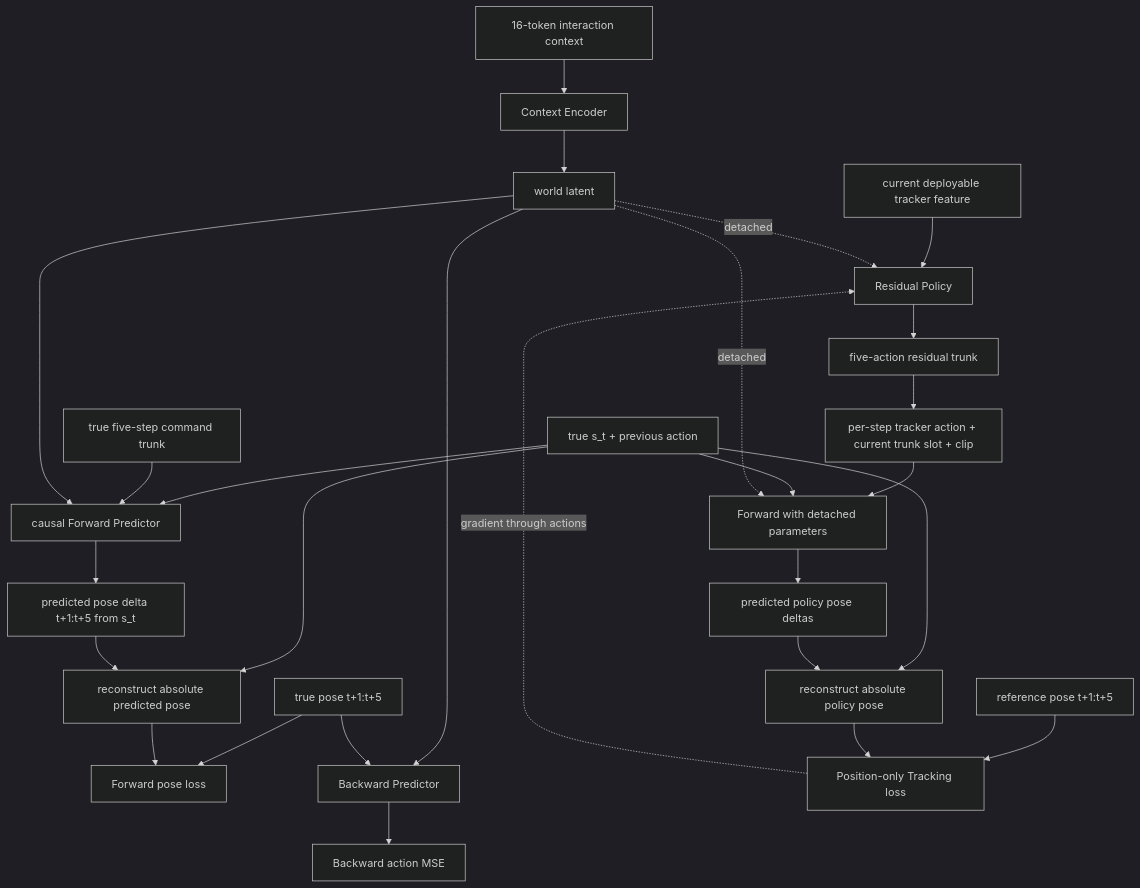
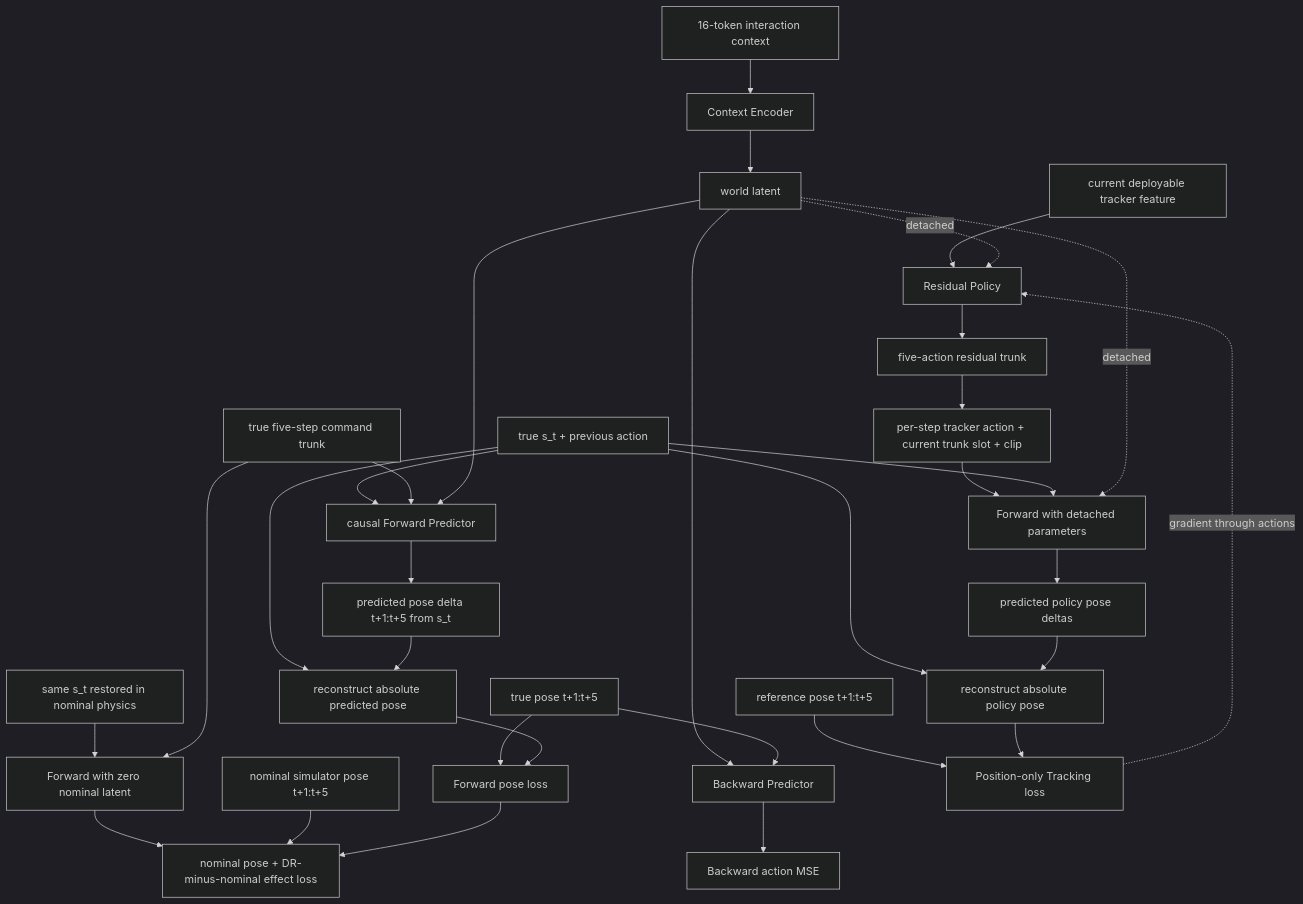
The diagram in docs/residual_training_flow.md (mwondering/intact-tracking), drawn with Mermaid (dark theme) before and after one commit. The commit also changed other lines of this file and 7 other files, not shown here.

````diff
--- a/docs/residual_training_flow.md
+++ b/docs/residual_training_flow.md
@@ -69,32 +69,38 @@
 ```mermaid
 flowchart TB
     C[16-token interaction context] --> CE[Context Encoder]
     CE --> W[world latent]
 
     S[true s_t + previous action] --> F[causal Forward Predictor]
     A[true five-step command trunk] --> F
     W --> F
     F --> DF[predicted pose delta t+1:t+5 from s_t]
     S --> RF[reconstruct absolute predicted pose]
     DF --> RF
     ST[true pose t+1:t+5] --> LF[Forward pose loss]
     RF --> LF
+
+    SN[same s_t restored in nominal physics] --> FN[Forward with zero nominal latent]
+    A --> FN
+    FN --> LN[nominal pose + DR-minus-nominal effect loss]
+    STN[nominal simulator pose t+1:t+5] --> LN
+    LF --> LN
 
     W --> B[Backward Predictor]
     ST --> B
     B --> LB[Backward action MSE]
 
     O[current deployable tracker feature] --> P[Residual Policy]
     W -. detached .-> P
     P --> RT[five-action residual trunk]
     RT --> AC[per-step tracker action + current trunk slot + clip]
     AC --> FF[Forward with detached parameters]
     S --> FF
     W -. detached .-> FF
     FF --> DP[predicted policy pose deltas]
     S --> RP[reconstruct absolute policy pose]
     DP --> RP
     R[reference pose t+1:t+5] --> LT[Position-only Tracking loss]
     RP --> LT
     LT -. gradient through actions .-> P
 ```
````
